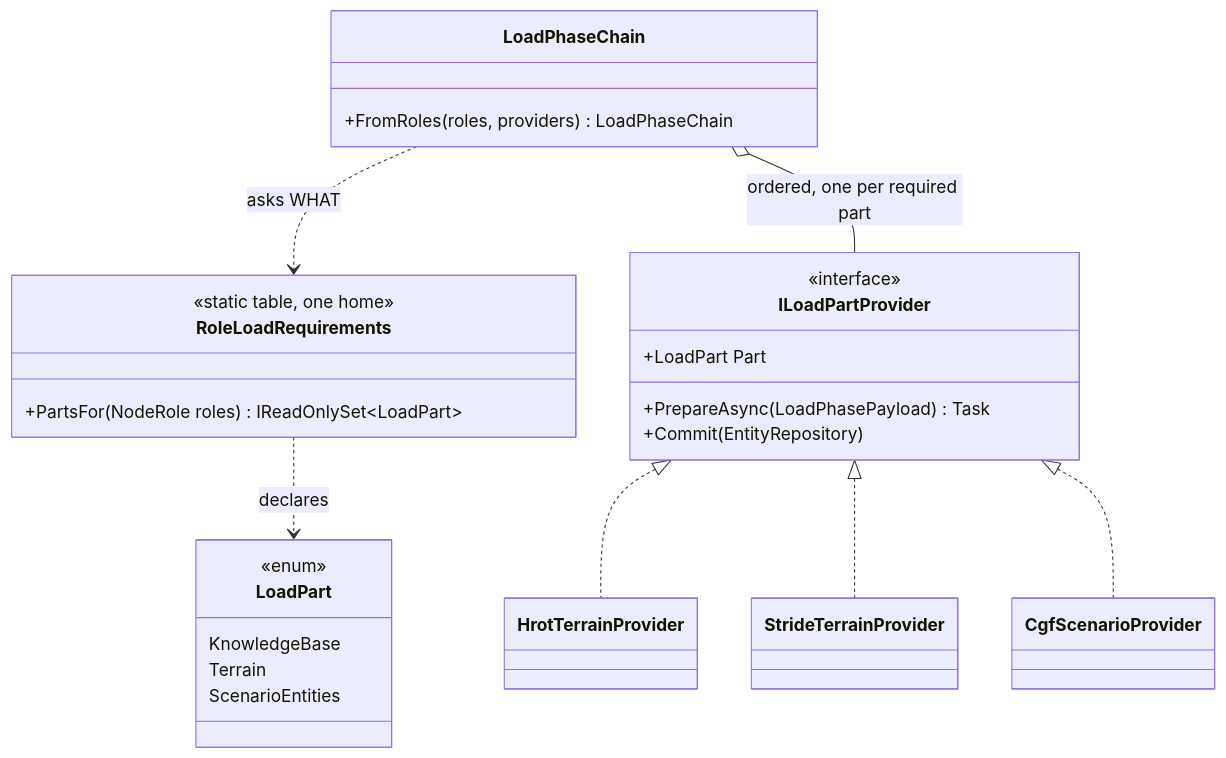
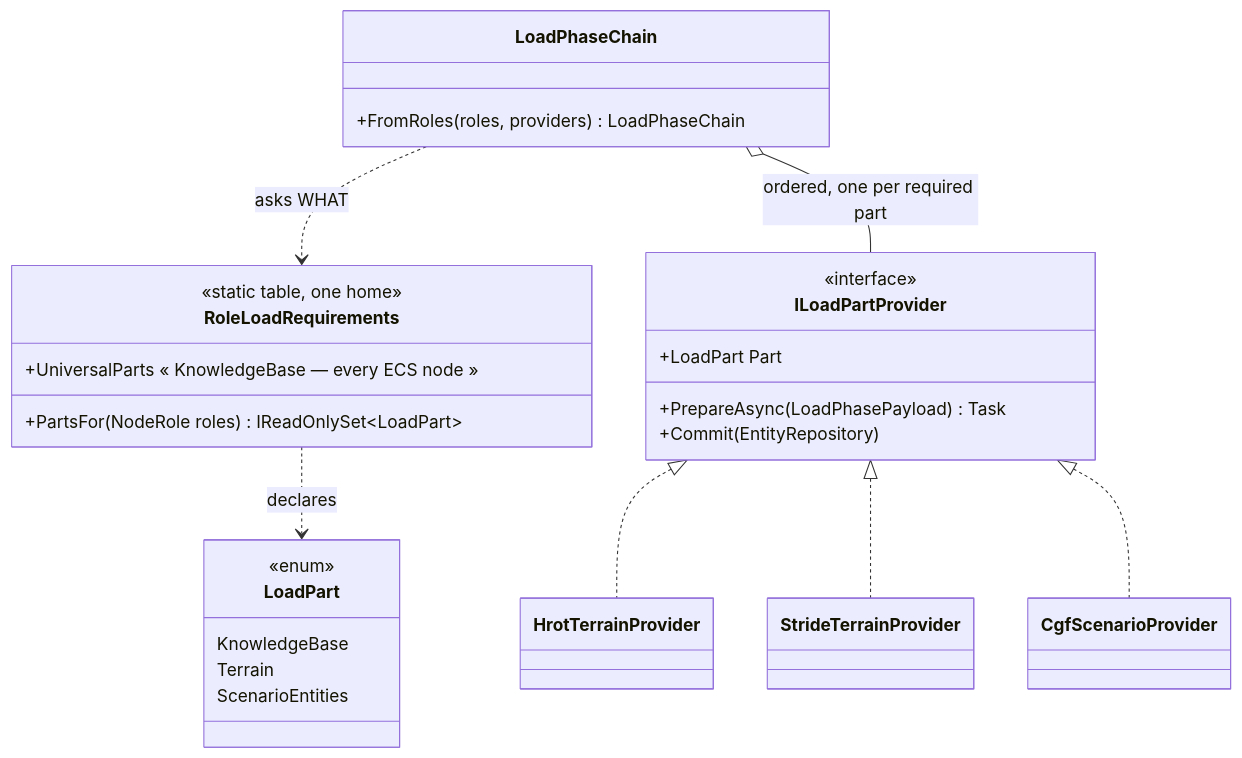
Before and after one commit to pjanec/HROT: the fourth of 4 diagrams in docs/DESIGN_Cluster_Load_Phase.md, drawn with Mermaid. The commit also changed other lines of this file and 1 other file, not shown here.

````diff
--- a/docs/DESIGN_Cluster_Load_Phase.md
+++ b/docs/DESIGN_Cluster_Load_Phase.md
@@ -269,32 +300,33 @@
 ```mermaid
 classDiagram
   class RoleLoadRequirements {
     <<static table, one home>>
     +PartsFor(NodeRole roles) IReadOnlySet~LoadPart~
+    +UniversalParts « KnowledgeBase — every ECS node »
   }
   class LoadPart {
     <<enum>>
     KnowledgeBase
     Terrain
     ScenarioEntities
   }
   class ILoadPartProvider {
     <<interface>>
     +LoadPart Part
     +PrepareAsync(LoadPhasePayload) Task
     +Commit(EntityRepository)
   }
   class LoadPhaseChain {
     +FromRoles(roles, providers) LoadPhaseChain
   }
   class HrotTerrainProvider
   class StrideTerrainProvider
   class CgfScenarioProvider
 
   RoleLoadRequirements ..> LoadPart : declares
   LoadPhaseChain ..> RoleLoadRequirements : asks WHAT
   LoadPhaseChain o-- ILoadPartProvider : ordered, one per required part
   ILoadPartProvider <|.. HrotTerrainProvider
   ILoadPartProvider <|.. StrideTerrainProvider
   ILoadPartProvider <|.. CgfScenarioProvider
 ```
````
